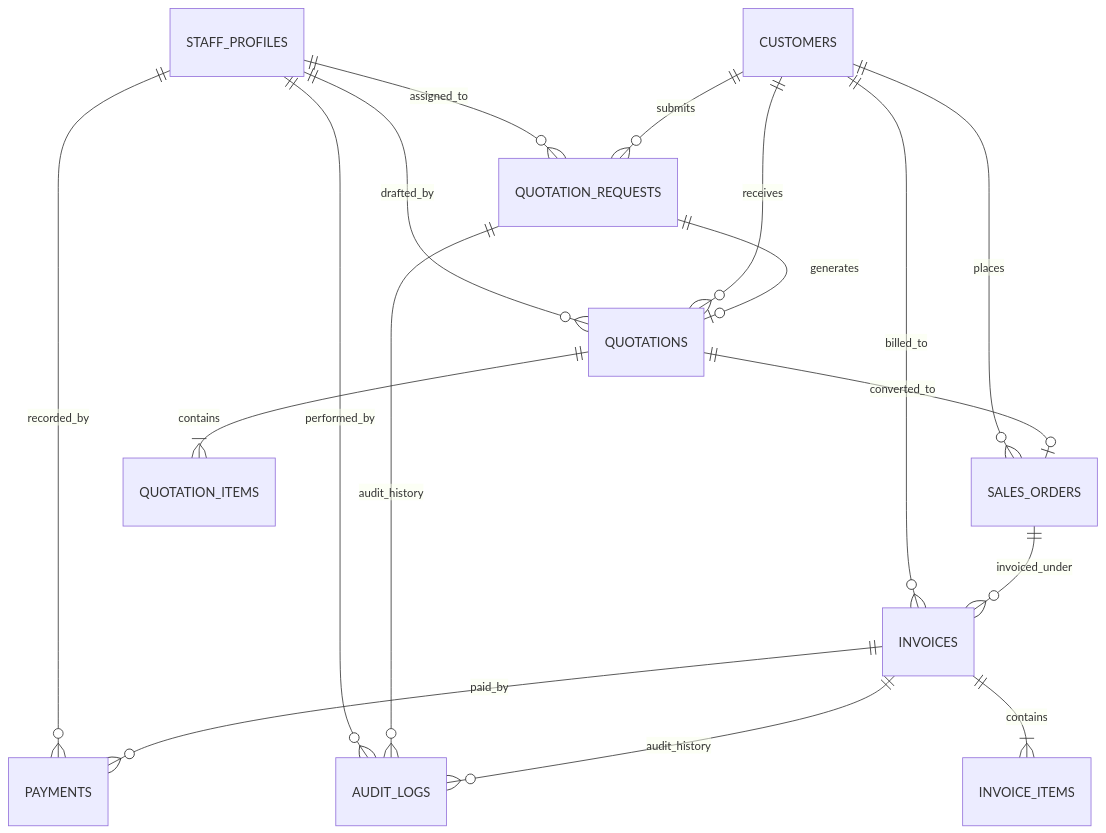
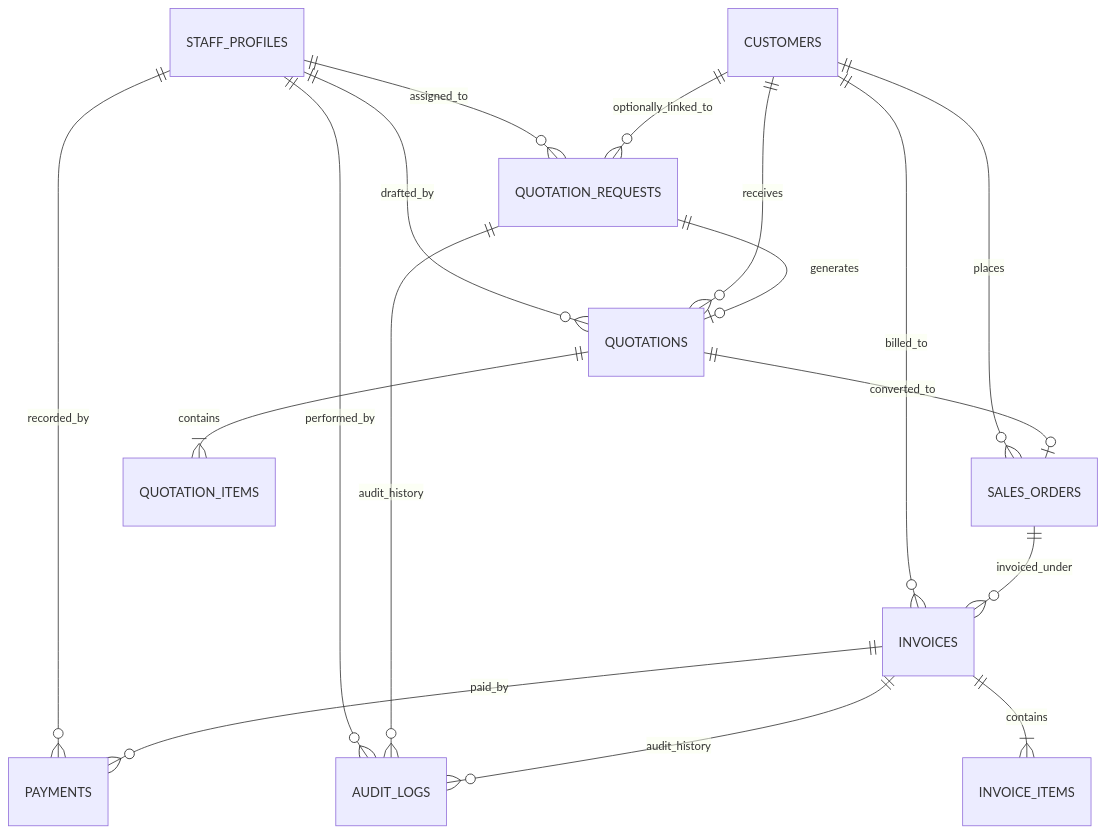
One commit to Ritik9631/Santhaya-Associates- changed the diagram in docs/PHASE-2-ARCHITECTURE.md. Above: the diagram before and after it, drawn with Mermaid. The commit also changed other lines of this file and 1 other file, not shown here.

Commit message:
docs(phase-2a): incorporate security and architecture corrections (v2.0)

````diff
--- a/docs/PHASE-2-ARCHITECTURE.md
+++ b/docs/PHASE-2-ARCHITECTURE.md
@@ -281,23 +327,23 @@
 ```mermaid
 erDiagram
     STAFF_PROFILES ||--o{ QUOTATION_REQUESTS : "assigned_to"
     STAFF_PROFILES ||--o{ QUOTATIONS : "drafted_by"
     STAFF_PROFILES ||--o{ AUDIT_LOGS : "performed_by"
     STAFF_PROFILES ||--o{ PAYMENTS : "recorded_by"
 
-    CUSTOMERS ||--o{ QUOTATION_REQUESTS : "submits"
+    CUSTOMERS ||--o{ QUOTATION_REQUESTS : "optionally_linked_to"
     CUSTOMERS ||--o{ QUOTATIONS : "receives"
     CUSTOMERS ||--o{ SALES_ORDERS : "places"
     CUSTOMERS ||--o{ INVOICES : "billed_to"
 
     QUOTATION_REQUESTS ||--o| QUOTATIONS : "generates"
     QUOTATIONS ||--|{ QUOTATION_ITEMS : "contains"
     QUOTATIONS ||--o| SALES_ORDERS : "converted_to"
 
     SALES_ORDERS ||--o{ INVOICES : "invoiced_under"
     INVOICES ||--|{ INVOICE_ITEMS : "contains"
     INVOICES ||--o{ PAYMENTS : "paid_by"
 
     QUOTATION_REQUESTS ||--o{ AUDIT_LOGS : "audit_history"
     INVOICES ||--o{ AUDIT_LOGS : "audit_history"
 ```
````
